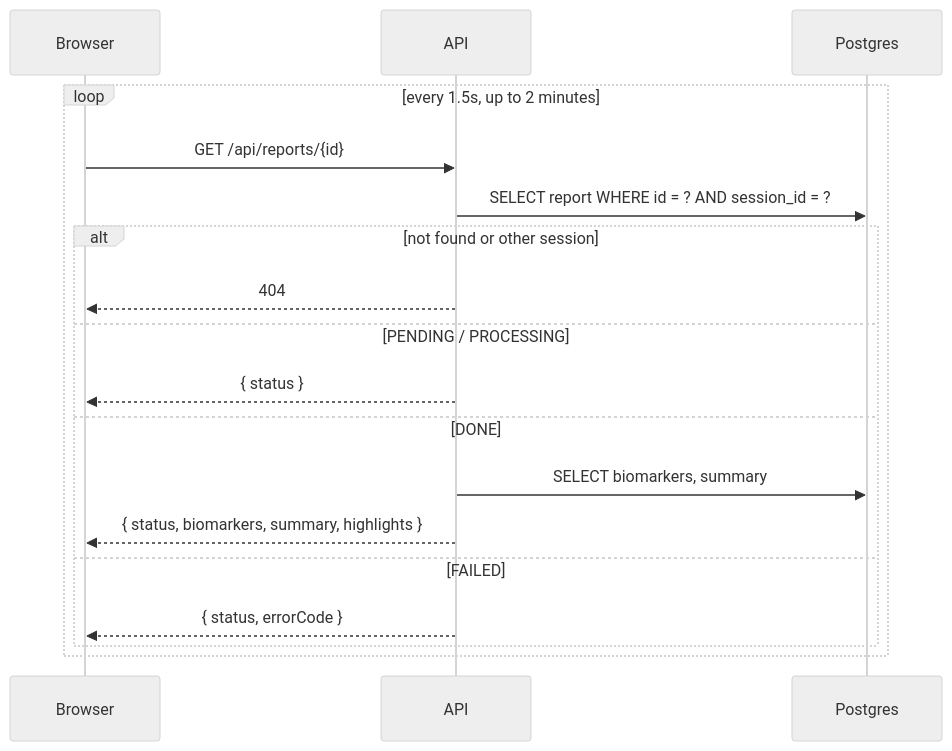
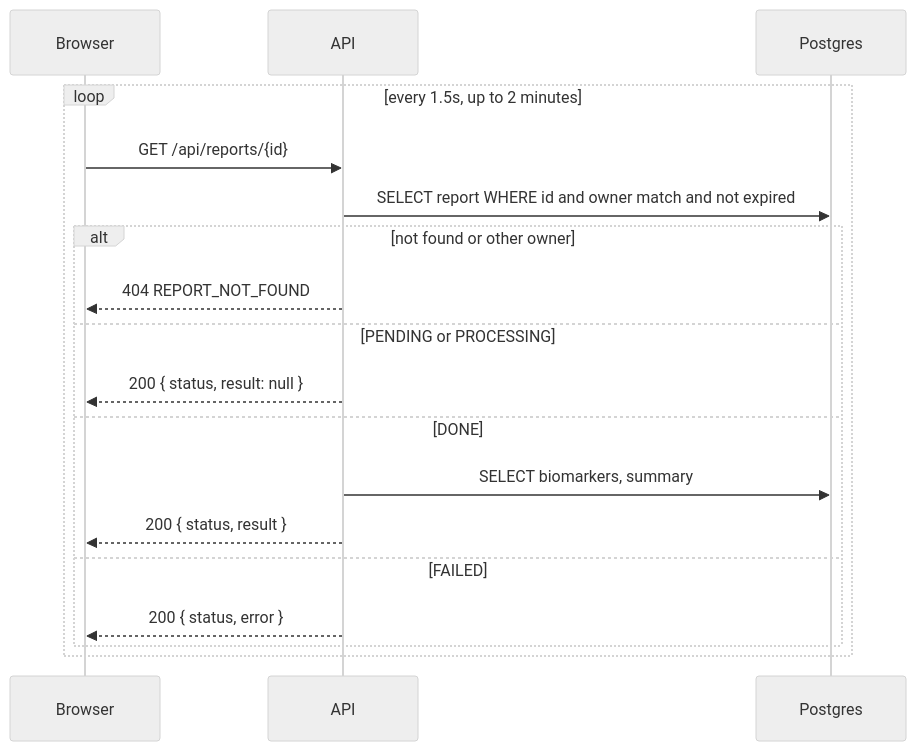
Diagram 12 of 20 in docs/medi-scan-dataflow.md (SaqibCod/medi-scan), drawn with Mermaid (neutral theme) before and after one commit. The commit also changed other lines of this file and 4 other files, not shown here.

````diff
--- a/docs/medi-scan-dataflow.md
+++ b/docs/medi-scan-dataflow.md
@@ -180,21 +459,21 @@
 ```mermaid
 sequenceDiagram
     participant B as Browser
     participant A as API
     participant D as Postgres
 
     loop every 1.5s, up to 2 minutes
         B->>A: GET /api/reports/{id}
-        A->>D: SELECT report WHERE id = ? AND session_id = ?
-        alt not found or other session
-            A-->>B: 404
-        else PENDING / PROCESSING
-            A-->>B: { status }
+        A->>D: SELECT report WHERE id and owner match and not expired
+        alt not found or other owner
+            A-->>B: 404 REPORT_NOT_FOUND
+        else PENDING or PROCESSING
+            A-->>B: 200 { status, result: null }
         else DONE
             A->>D: SELECT biomarkers, summary
-            A-->>B: { status, biomarkers, summary, highlights }
+            A-->>B: 200 { status, result }
         else FAILED
-            A-->>B: { status, errorCode }
+            A-->>B: 200 { status, error }
         end
     end
 ```
````
